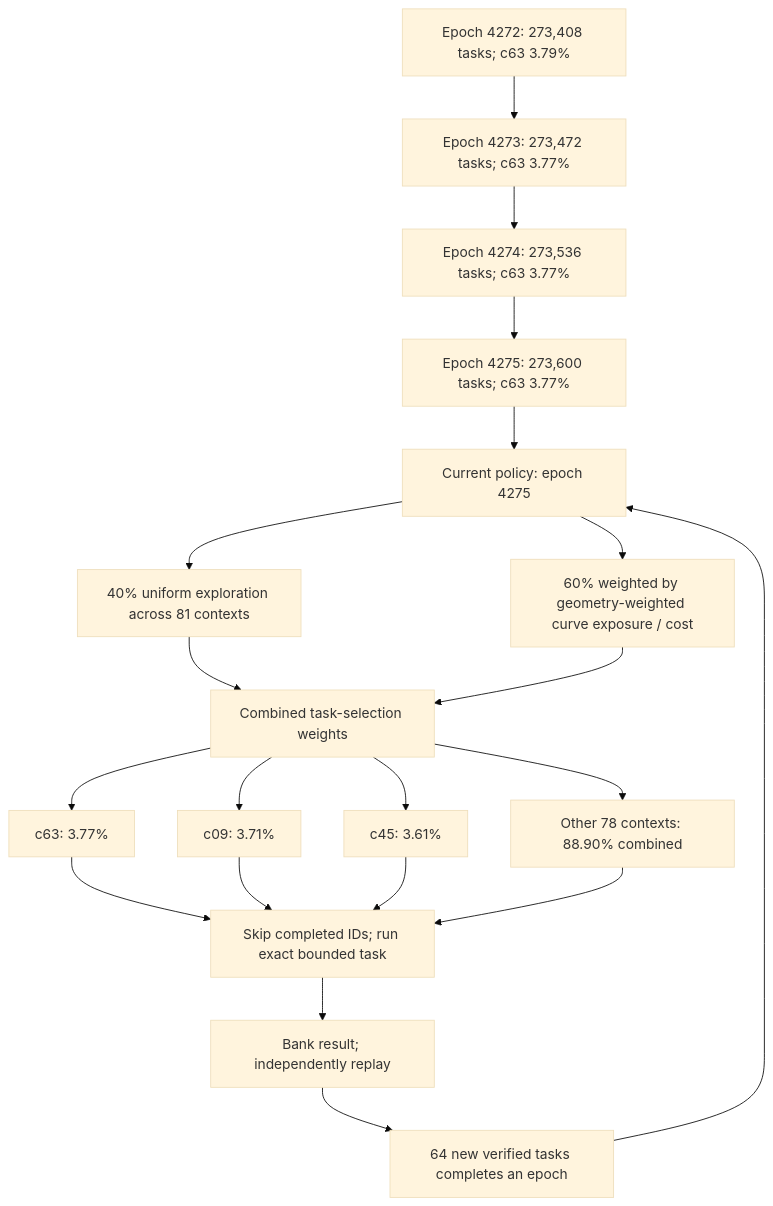
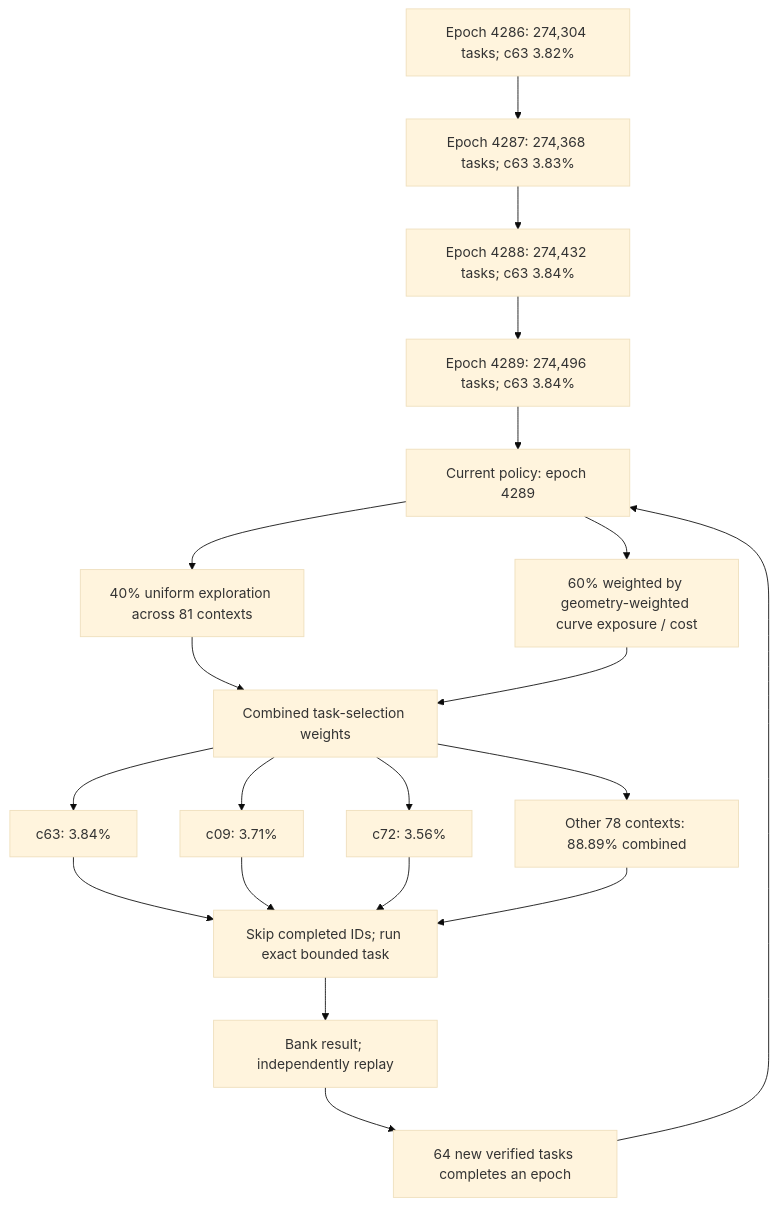
Before and after one commit to Kuberwastaken/math-gambling: the first of 3 diagrams in README.md, drawn with Mermaid (base theme). The commit also changed other lines of this file and 3011 other files, not shown here.

````diff
--- a/README.md
+++ b/README.md
@@ -60,27 +60,27 @@
 ```mermaid
 flowchart TD
-    H0["Epoch 4272: 273,408 tasks; c63 3.79%"]
-    H1["Epoch 4273: 273,472 tasks; c63 3.77%"]
+    H0["Epoch 4286: 274,304 tasks; c63 3.82%"]
+    H1["Epoch 4287: 274,368 tasks; c63 3.83%"]
     H0 --> H1
-    H2["Epoch 4274: 273,536 tasks; c63 3.77%"]
+    H2["Epoch 4288: 274,432 tasks; c63 3.84%"]
     H1 --> H2
-    H3["Epoch 4275: 273,600 tasks; c63 3.77%"]
+    H3["Epoch 4289: 274,496 tasks; c63 3.84%"]
     H2 --> H3
-    Policy["Current policy: epoch 4275"]
+    Policy["Current policy: epoch 4289"]
     H3 --> Policy
     Policy --> Explore["40% uniform exploration across 81 contexts"]
     Policy --> Cost["60% weighted by geometry-weighted curve exposure / cost"]
     Explore --> Mix["Combined task-selection weights"]
     Cost --> Mix
-    Mix --> C0["c63: 3.77%"]
+    Mix --> C0["c63: 3.84%"]
     Mix --> C1["c09: 3.71%"]
-    Mix --> C2["c45: 3.61%"]
-    Mix --> Rest["Other 78 contexts: 88.90% combined"]
+    Mix --> C2["c72: 3.56%"]
+    Mix --> Rest["Other 78 contexts: 88.89% combined"]
     C0 --> Check["Skip completed IDs; run exact bounded task"]
     C1 --> Check
     C2 --> Check
     Rest --> Check
     Check --> Replay["Bank result; independently replay"]
     Replay --> Gate["64 new verified tasks completes an epoch"]
     Gate --> Policy
 ```
````
